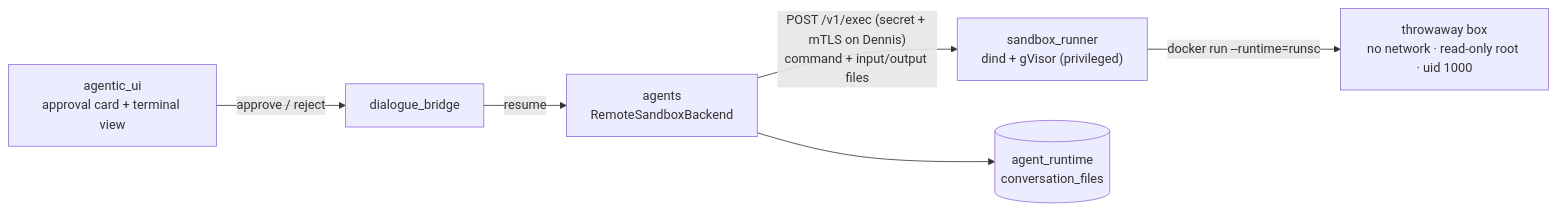
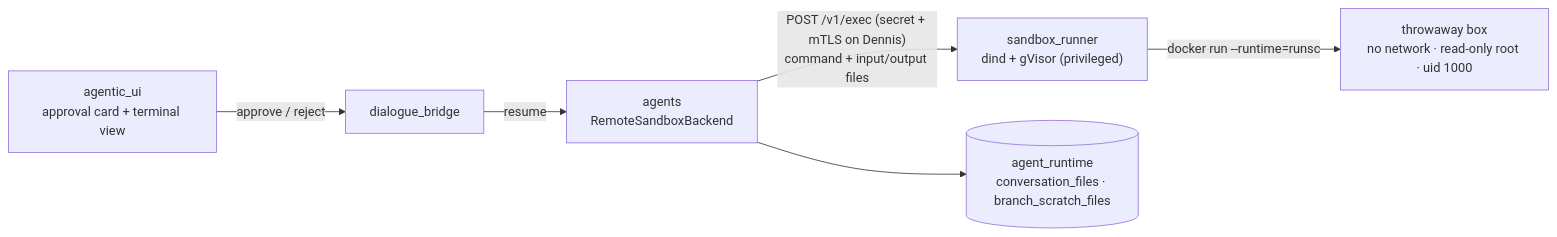
Before and after one commit to konstantinosmpouros/mAgenticX: the first of 2 diagrams in docs/flows/sandboxed-execution.md, drawn with Mermaid. The commit also changed other lines of this file and 159 other files, not shown here.

````diff
--- a/docs/flows/sandboxed-execution.md
+++ b/docs/flows/sandboxed-execution.md
@@ -9,8 +9,8 @@
 ```mermaid
 flowchart LR
     UI["agentic_ui<br/>approval card + terminal view"] -->|"approve / reject"| B["dialogue_bridge"]
     B -->|"resume"| A["agents<br/>RemoteSandboxBackend"]
     A -->|"POST /v1/exec (secret + mTLS on Dennis)<br/>command + input/output files"| R["sandbox_runner<br/>dind + gVisor (privileged)"]
     R -->|"docker run --runtime=runsc"| BOX["throwaway box<br/>no network · read-only root · uid 1000"]
-    A --> DB[("agent_runtime<br/>conversation_files")]
+    A --> DB[("agent_runtime<br/>conversation_files · branch_scratch_files")]
 ```
````
